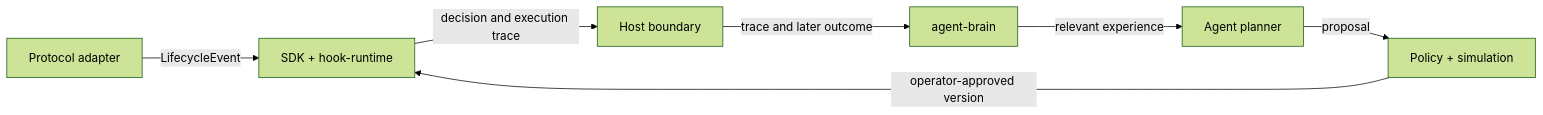
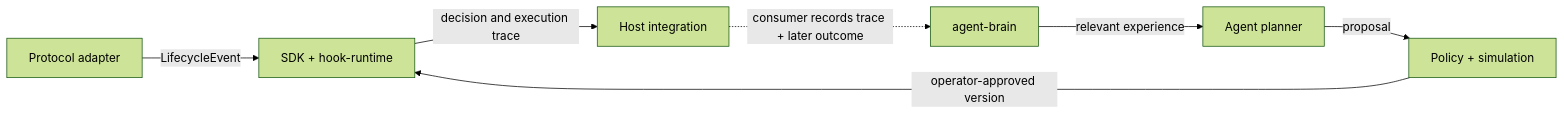
The diagram in README.md (lewodro/agent-hooks), drawn with Mermaid (forest theme) before and after one commit. The commit also changed other lines of this file and 2 other files, not shown here.

Commit message:
docs(architecture): document runtime and CPI boundaries

````diff
--- a/README.md
+++ b/README.md
@@ -28,9 +30,9 @@
 ```mermaid
 flowchart LR
     A[Protocol adapter] -->|LifecycleEvent| B[SDK + hook-runtime]
-    B -->|decision and execution trace| C[Host boundary]
-    C -->|trace and later outcome| D[agent-brain]
+    B -->|decision and execution trace| C[Host integration]
+    C -. consumer records trace + later outcome .-> D[agent-brain]
     D -->|relevant experience| E[Agent planner]
     E -->|proposal| F[Policy + simulation]
     F -->|operator-approved version| B
 ```
````
